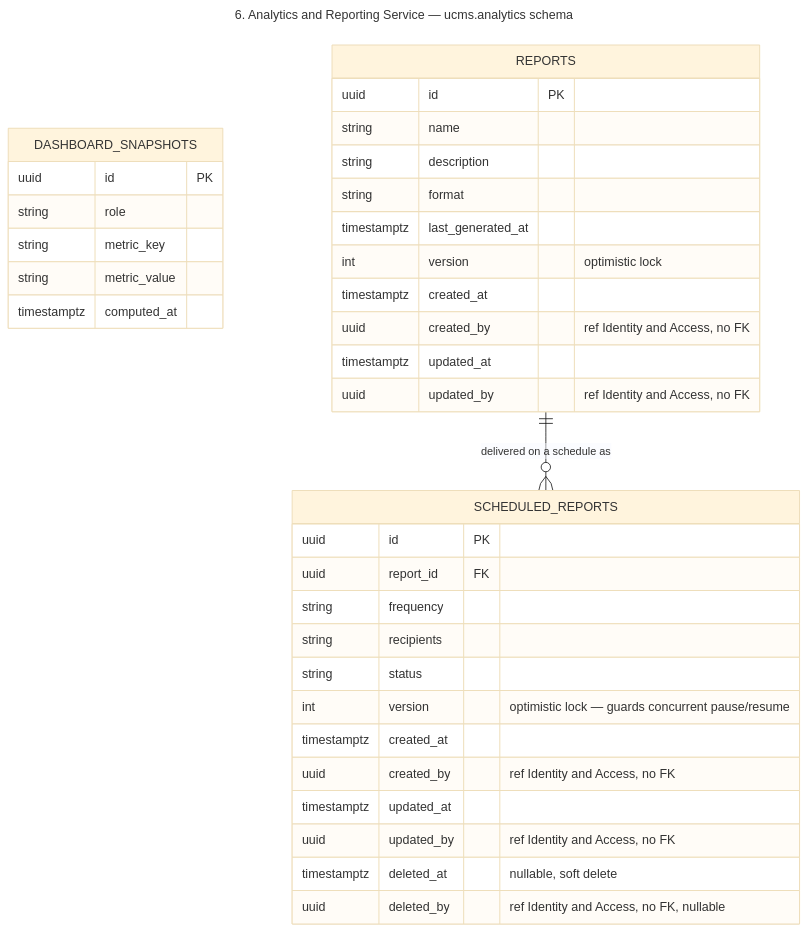
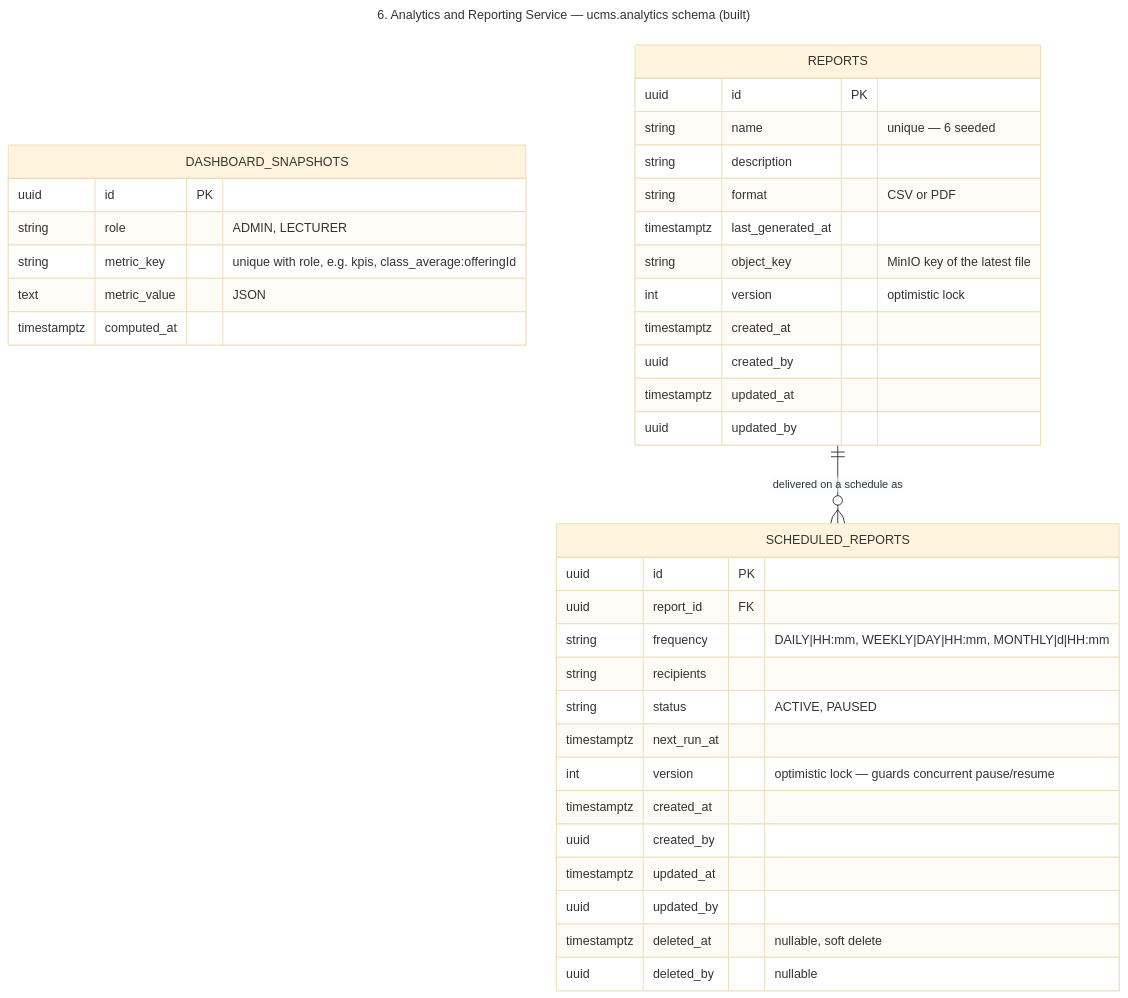
One commit to ESD-ONE/University-Course-Management-System changed the diagram in docs/architecture/tables-06-analytics-reporting.mmd. Above: the diagram before and after it, drawn with Mermaid (base theme). The commit also changed 543 other files, not shown here.

```diff
--- a/docs/architecture/tables-06-analytics-reporting.mmd
+++ b/docs/architecture/tables-06-analytics-reporting.mmd
@@ -1,39 +1,41 @@
 ---
-title: 6. Analytics and Reporting Service — ucms.analytics schema
+title: 6. Analytics and Reporting Service — ucms.analytics schema (built)
 ---
 erDiagram
     DASHBOARD_SNAPSHOTS {
         uuid id PK
-        string role
-        string metric_key
-        string metric_value
+        string role "ADMIN, LECTURER"
+        string metric_key "unique with role, e.g. kpis, class_average:offeringId"
+        text metric_value "JSON"
         timestamptz computed_at
     }
     REPORTS {
         uuid id PK
-        string name
+        string name "unique — 6 seeded"
         string description
-        string format
+        string format "CSV or PDF"
         timestamptz last_generated_at
+        string object_key "MinIO key of the latest file"
         int version "optimistic lock"
         timestamptz created_at
-        uuid created_by "ref Identity and Access, no FK"
+        uuid created_by
         timestamptz updated_at
-        uuid updated_by "ref Identity and Access, no FK"
+        uuid updated_by
     }
     SCHEDULED_REPORTS {
         uuid id PK
         uuid report_id FK
-        string frequency
+        string frequency "DAILY|HH:mm, WEEKLY|DAY|HH:mm, MONTHLY|d|HH:mm"
         string recipients
-        string status
+        string status "ACTIVE, PAUSED"
+        timestamptz next_run_at
         int version "optimistic lock — guards concurrent pause/resume"
         timestamptz created_at
-        uuid created_by "ref Identity and Access, no FK"
+        uuid created_by
         timestamptz updated_at
-        uuid updated_by "ref Identity and Access, no FK"
+        uuid updated_by
         timestamptz deleted_at "nullable, soft delete"
-        uuid deleted_by "ref Identity and Access, no FK, nullable"
+        uuid deleted_by "nullable"
     }
 
     REPORTS ||--o{ SCHEDULED_REPORTS : "delivered on a schedule as"
```
